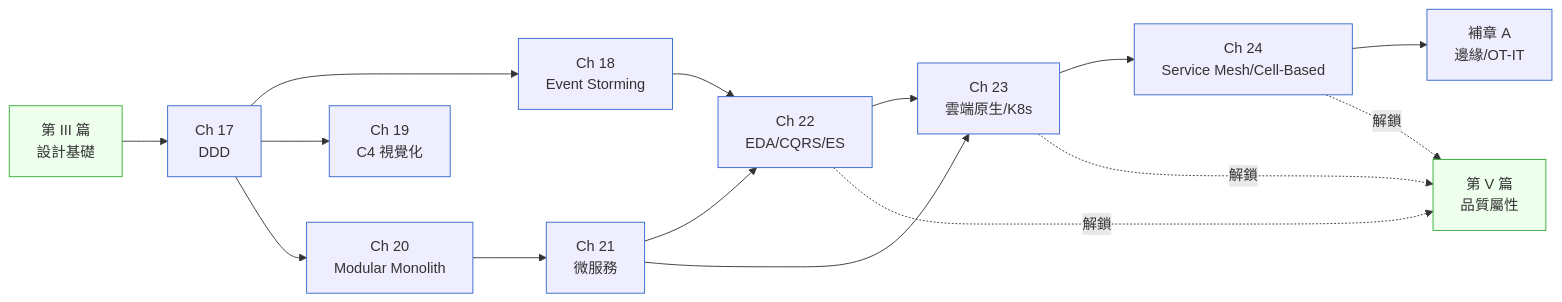
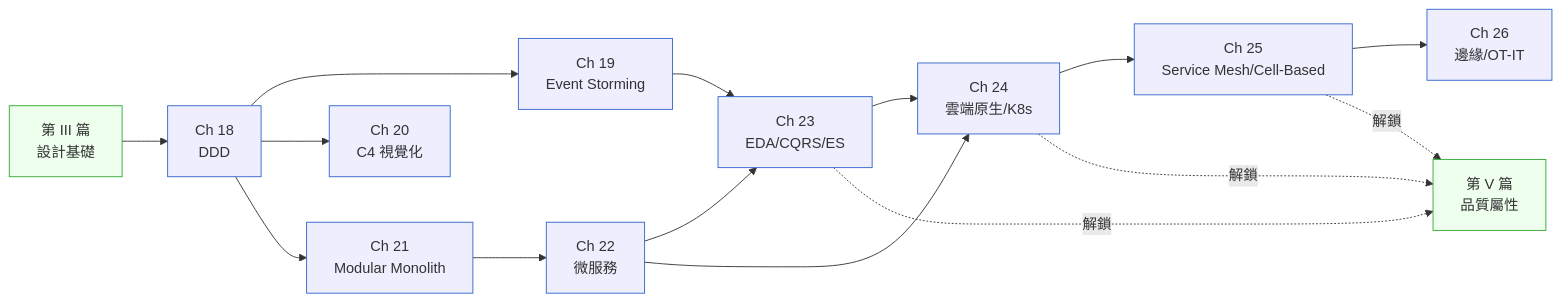
One commit to EddyKuo/sa-sd-playbook changed the diagram in book/part-04-architecture/00-overview.md. Above: the diagram before and after it, drawn with Mermaid. The commit also changed other lines of this file and 77 other files, not shown here.

````diff
--- a/book/part-04-architecture/00-overview.md
+++ b/book/part-04-architecture/00-overview.md
@@ -24,26 +24,26 @@
 ```mermaid
 flowchart LR
     III[第 III 篇<br/>設計基礎] --> CH17
 
-    CH17[Ch 17<br/>DDD] --> CH18[Ch 18<br/>Event Storming]
-    CH17 --> CH19[Ch 19<br/>C4 視覺化]
-    CH17 --> CH20[Ch 20<br/>Modular Monolith]
-    CH20 --> CH21[Ch 21<br/>微服務]
-    CH18 --> CH22[Ch 22<br/>EDA/CQRS/ES]
+    CH17[Ch 18<br/>DDD] --> CH18[Ch 19<br/>Event Storming]
+    CH17 --> CH19[Ch 20<br/>C4 視覺化]
+    CH17 --> CH20[Ch 21<br/>Modular Monolith]
+    CH20 --> CH21[Ch 22<br/>微服務]
+    CH18 --> CH22[Ch 23<br/>EDA/CQRS/ES]
     CH21 --> CH22
-    CH21 --> CH23[Ch 23<br/>雲端原生/K8s]
+    CH21 --> CH23[Ch 24<br/>雲端原生/K8s]
     CH22 --> CH23
-    CH23 --> CH24[Ch 24<br/>Service Mesh/Cell-Based]
-    CH24 --> CHA[補章 A<br/>邊緣/OT-IT]
+    CH23 --> CH24[Ch 25<br/>Service Mesh/Cell-Based]
+    CH24 --> CHA[Ch 26<br/>邊緣/OT-IT]
 
     CH22 -.解鎖.-> V[第 V 篇<br/>品質屬性]
     CH23 -.解鎖.-> V
     CH24 -.解鎖.-> V
 
     classDef cold fill:#eef,stroke:#36c
     classDef goal fill:#efe,stroke:#3a3
     classDef hot fill:#fee,stroke:#c33
     class CH17,CH18,CH19,CH20,CH21,CH22,CH23,CH24,CHA cold
     class V goal
     class III goal
 ```
````
